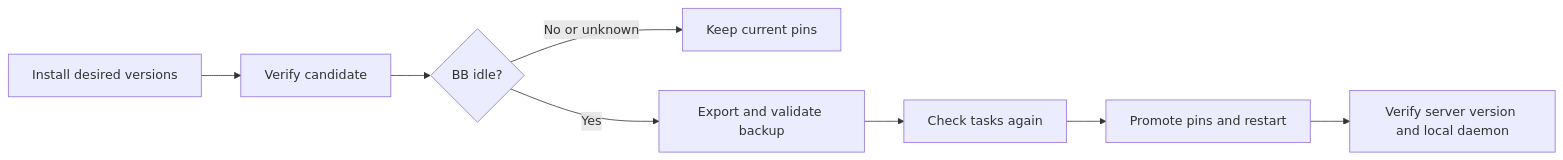
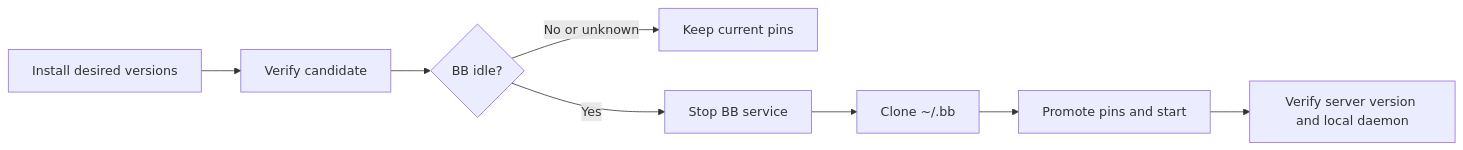
One commit to connorads/dotfiles changed the second of 4 diagrams in docs/remote-access.md. Above: the diagram before and after it, drawn with Mermaid. The commit also changed other lines of this file and 4 other files, not shown here.

First line of the commit message:
bb-deploy: snapshot BB data with APFS clones, not server export

````diff
--- a/docs/remote-access.md
+++ b/docs/remote-access.md
@@ -135,10 +135,10 @@
 ```mermaid
 flowchart LR
   Install[Install desired versions] --> Prepare[Verify candidate]
   Prepare --> Idle{BB idle?}
   Idle -->|No or unknown| Defer[Keep current pins]
-  Idle -->|Yes| Backup[Export and validate backup]
-  Backup --> Recheck[Check tasks again]
-  Recheck --> Promote[Promote pins and restart]
+  Idle -->|Yes| Stop[Stop BB service]
+  Stop --> Snapshot[Clone ~/.bb]
+  Snapshot --> Promote[Promote pins and start]
   Promote --> Verify[Verify server version and local daemon]
 ```
````
